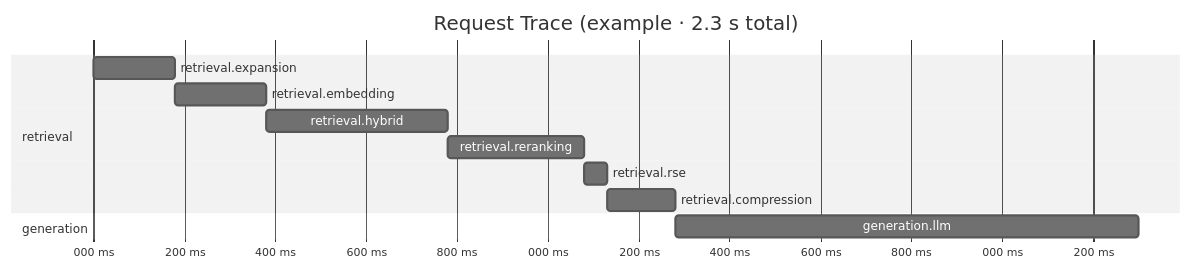
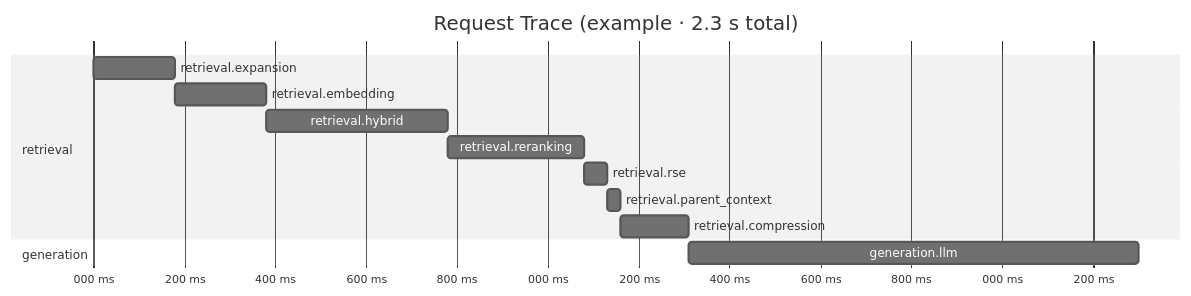
The ninth of 10 diagrams in README.md (ealbertoav/rag_platform), drawn with Mermaid (neutral theme) before and after one commit. The commit also changed other lines of this file and 16 other files, not shown here.

First line of the commit message:
feat: enrich parent-child chunking with context resolution and parent-aware compression

````diff
--- a/README.md
+++ b/README.md
@@ -1265,17 +1300,18 @@
 ```mermaid
 gantt
     title Request Trace (example · 2.3 s total)
     dateFormat  x
     axisFormat  %L ms
 
     section retrieval
     retrieval.expansion    :0, 180
     retrieval.embedding    :180, 380
     retrieval.hybrid       :380, 780
     retrieval.reranking    :780, 1080
     retrieval.rse          :1080, 1130
-    retrieval.compression  :1130, 1280
+    retrieval.parent_context :1130, 1160
+    retrieval.compression  :1160, 1310
 
     section generation
-    generation.llm         :1280, 2300
+    generation.llm         :1310, 2300
 ```
````
